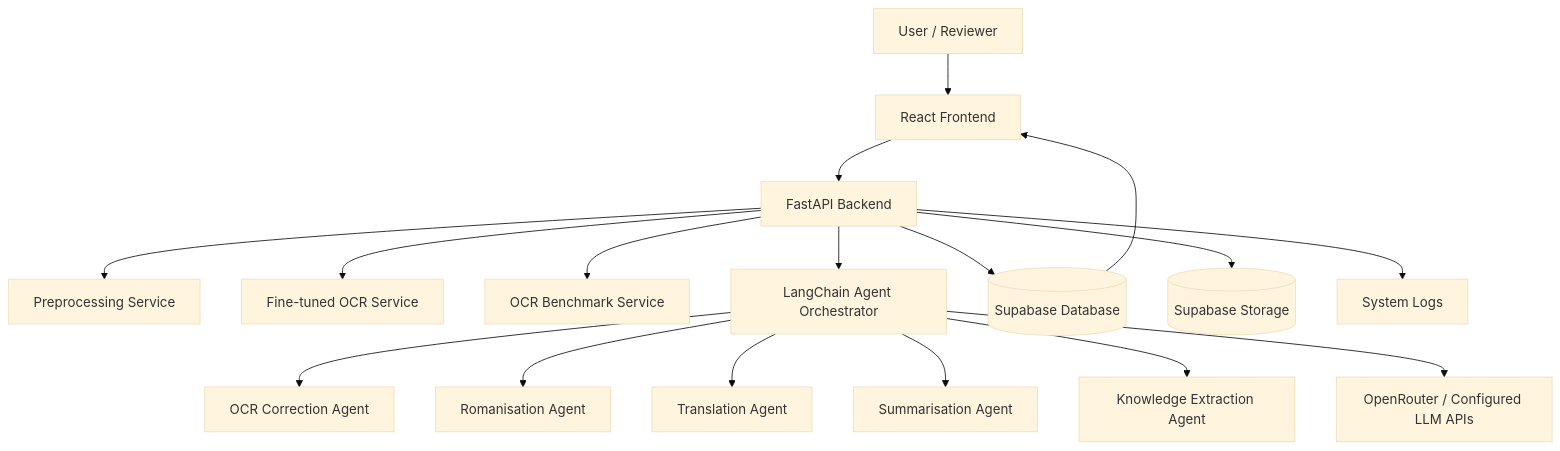
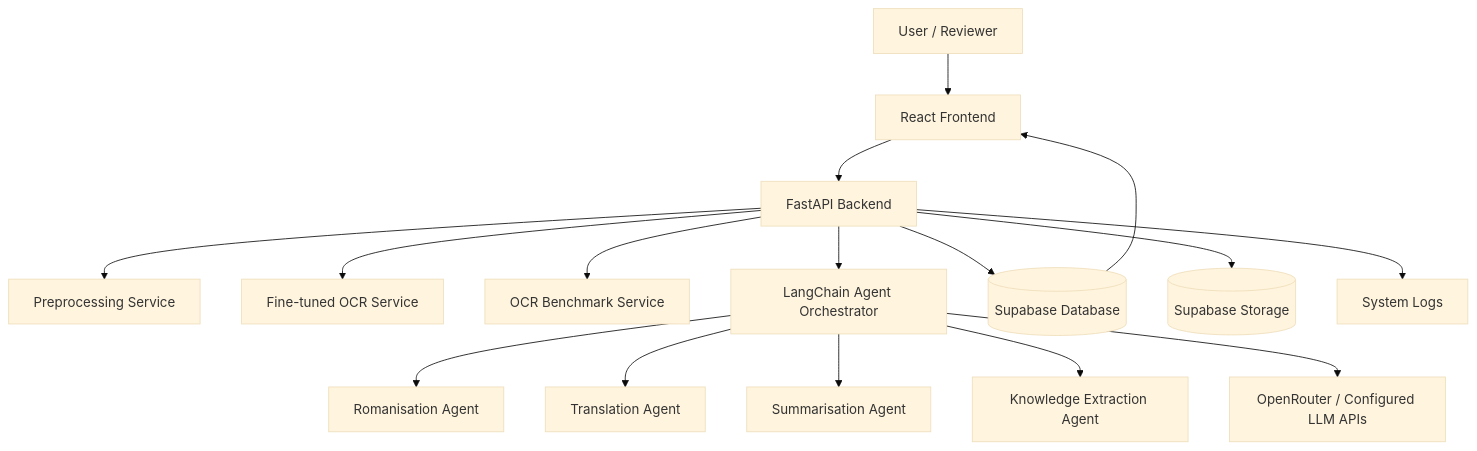
One commit to d33ppo/Multi-Agent-Framework-for-Classical-Malay changed the first of 3 diagrams in docs/SAD.md. Above: the diagram before and after it, drawn with Mermaid (base theme). The commit also changed other lines of this file and 20 other files, not shown here.

````diff
--- a/docs/SAD.md
+++ b/docs/SAD.md
@@ -11,19 +11,18 @@
 ```mermaid
 flowchart TB
     U[User / Reviewer] --> FE[React Frontend]
     FE --> API[FastAPI Backend]
     API --> PRE[Preprocessing Service]
     API --> OCR[Fine-tuned OCR Service]
     API --> BENCH[OCR Benchmark Service]
     API --> ORCH[LangChain Agent Orchestrator]
-    ORCH --> A1[OCR Correction Agent]
-    ORCH --> A2[Romanisation Agent]
-    ORCH --> A3[Translation Agent]
-    ORCH --> A4[Summarisation Agent]
-    ORCH --> A5[Knowledge Extraction Agent]
+    ORCH --> A1[Romanisation Agent]
+    ORCH --> A2[Translation Agent]
+    ORCH --> A3[Summarisation Agent]
+    ORCH --> A4[Knowledge Extraction Agent]
     ORCH --> LLM[OpenRouter / Configured LLM APIs]
     API --> DB[(Supabase Database)]
     API --> ST[(Supabase Storage)]
     API --> LOG[System Logs]
     DB --> FE
 ```
````
